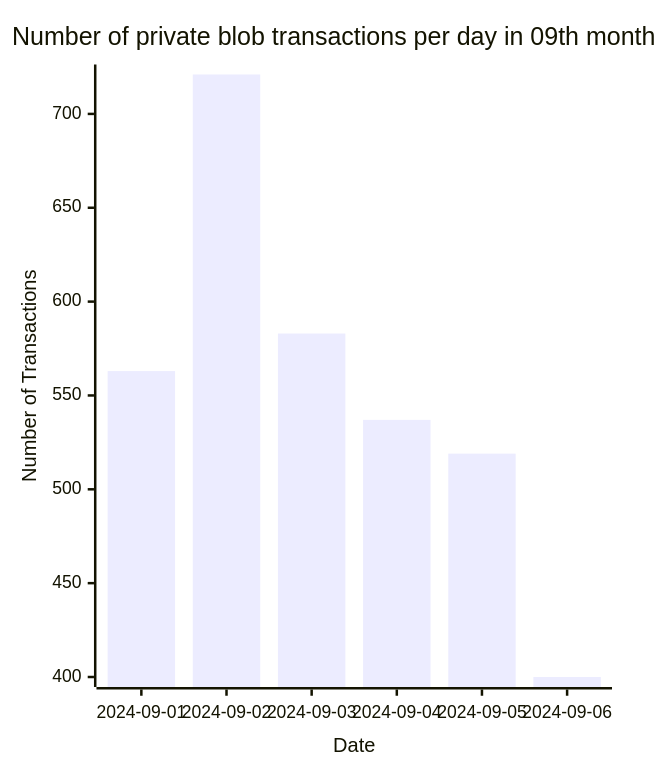
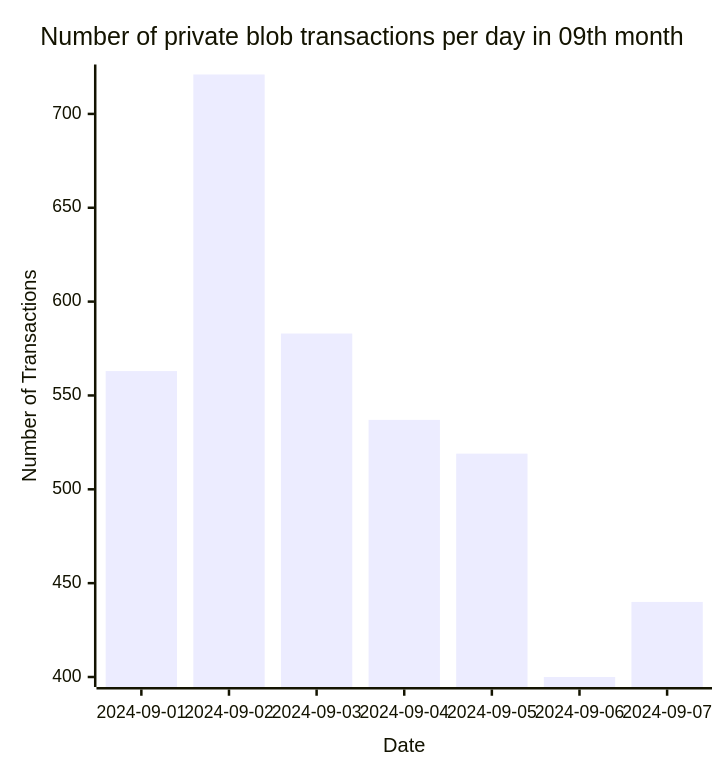
The seventh of 7 diagrams in README.md (Amit0617/eip4844-data), drawn with Mermaid before and after one commit. The commit also changed 1 other file, not shown here.

````diff
--- a/README.md
+++ b/README.md
@@ -79,12 +79,12 @@
 ```mermaid
 ---
 config:
     xyChart:
-        width: 480
+        width: 560
         height: 600
 ---
 xychart-beta title "Number of private blob transactions per day in 09th month"
-x-axis "Date" [2024-09-01,2024-09-02,2024-09-03,2024-09-04,2024-09-05,2024-09-06]
+x-axis "Date" [2024-09-01,2024-09-02,2024-09-03,2024-09-04,2024-09-05,2024-09-06,2024-09-07]
 y-axis "Number of Transactions"
-bar[563,721,583,537,519,400]
+bar[563,721,583,537,519,400,440]
 ```
````
